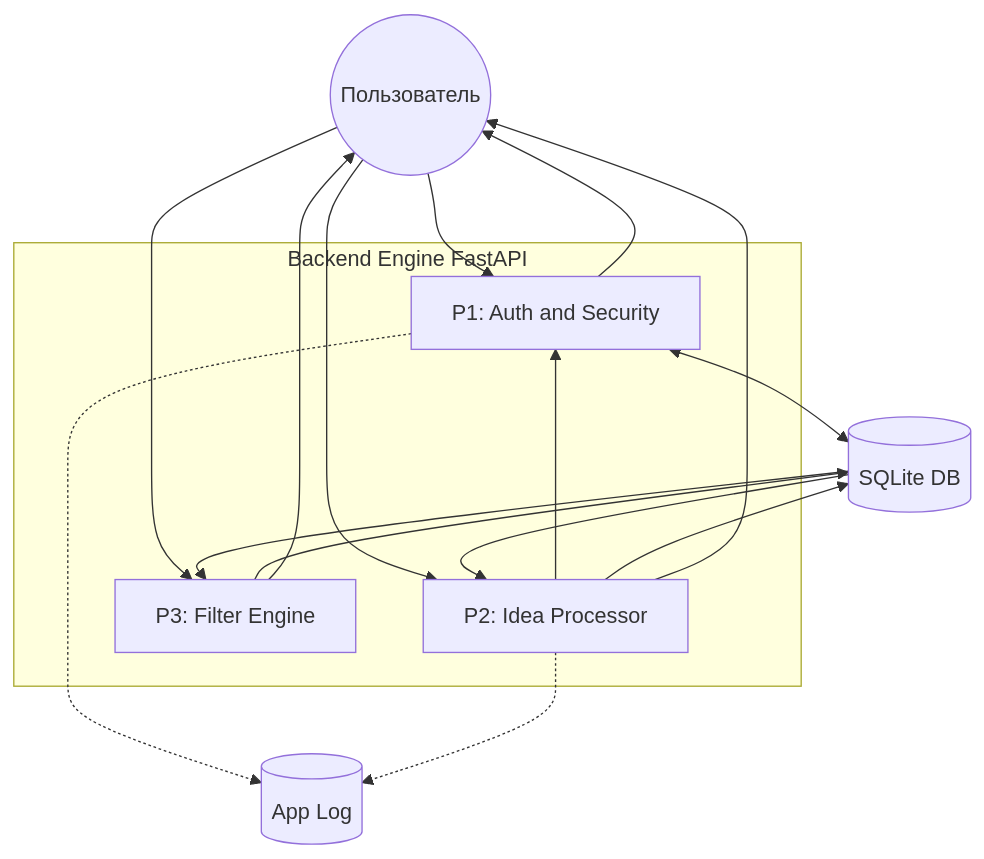
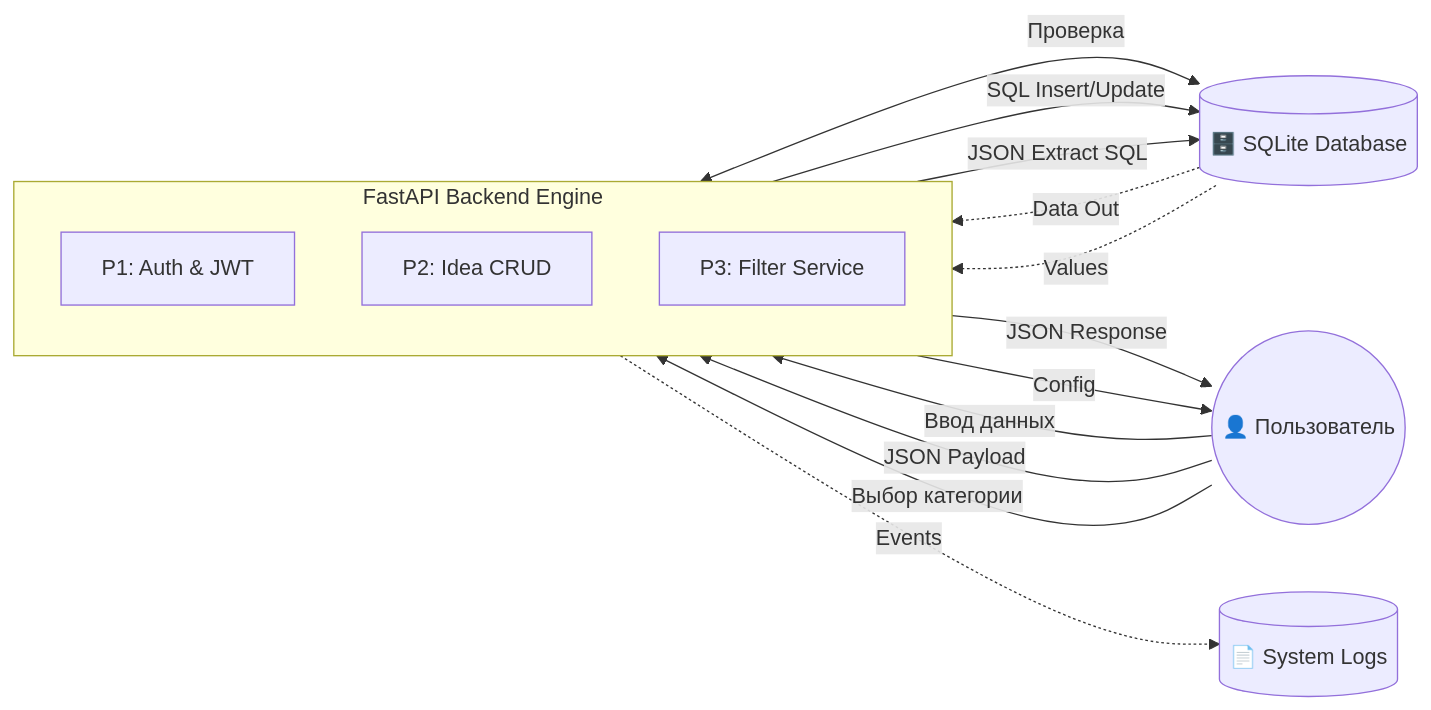
The diagram in docs/data-flow.md (vert3xy/IdeaPlaner), drawn with Mermaid before and after one commit.

Commit message:
data-flow fixed

````diff
--- a/docs/data-flow.md
+++ b/docs/data-flow.md
@@ -11,36 +11,33 @@
 ```mermaid
-graph TD
-    %% Акторы
-    User((Пользователь))
-
-    %% Процессы
-    subgraph Server ["Backend Engine FastAPI"]
-        P1["P1: Auth and Security"]
-        P2["P2: Idea Processor"]
-        P3["P3: Filter Engine"]
+graph LR
+    %% Определение сущностей
+    User((👤 Пользователь))
+    
+    subgraph Backend ["FastAPI Backend Engine"]
+        direction TB
+        P1["P1: Auth & JWT"]
+        P2["P2: Idea CRUD"]
+        P3["P3: Filter Service"]
     end
 
-    %% Хранилища
-    DB[(SQLite DB)]
-    Logs[(App Log)]
+    DB[(🗄️ SQLite Database)]
+    Logs[(📄 System Logs)]
 
-    %% Потоки данных
-    User --> P1
-    P1 <--> DB
-    P1 --> User
+    %% Потоки данных (Линейная логика)
+    User -->|Ввод данных| P1
+    User -->|JSON Payload| P2
+    User -->|Выбор категории| P3
 
-    User --> P2
-    P2 --> P1
-    P2 --> DB
-    DB --> P2
-    P2 --> User
+    P1 <-->|Проверка| DB
+    P2 -->|SQL Insert/Update| DB
+    P3 -->|JSON Extract SQL| DB
 
-    User --> P3
-    P3 --> DB
-    DB --> P3
-    P3 --> User
+    DB -.->|Data Out| P2
+    DB -.->|Values| P3
+
+    P2 -->|JSON Response| User
+    P3 -->|Config| User
 
     %% Логирование
-    P1 -.-> Logs
-    P2 -.-> Logs
+    Backend -.->|Events| Logs
 ```
````
